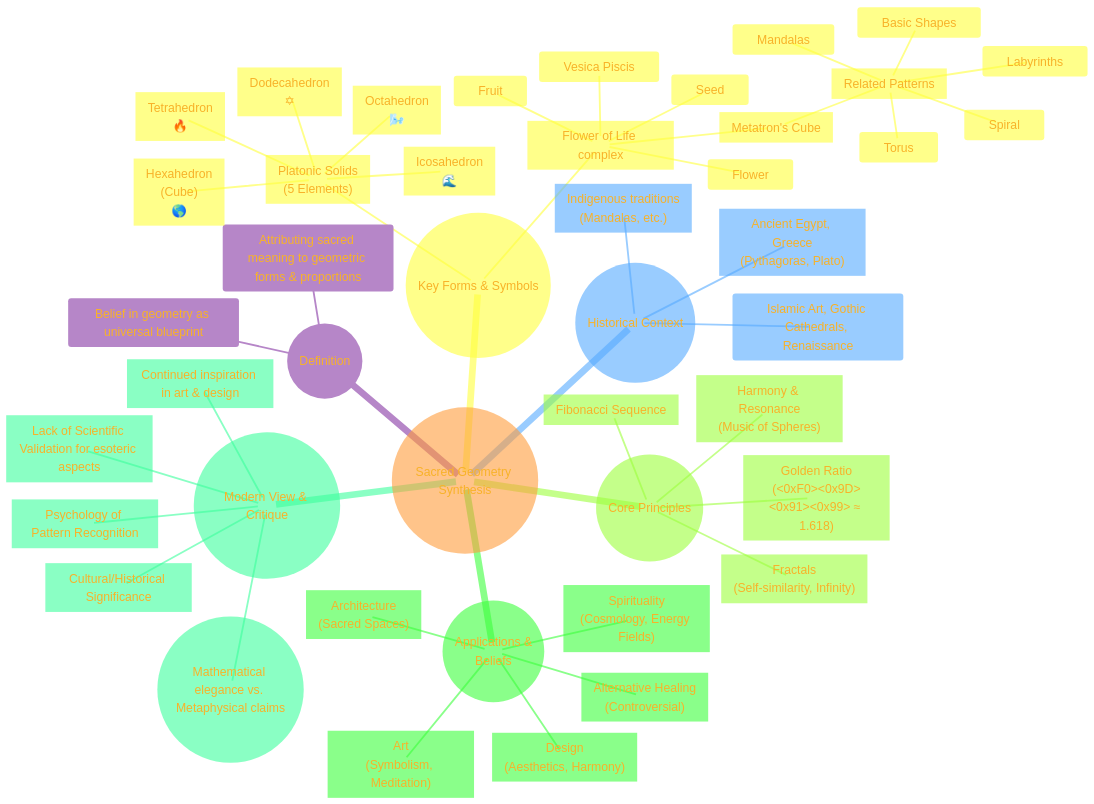
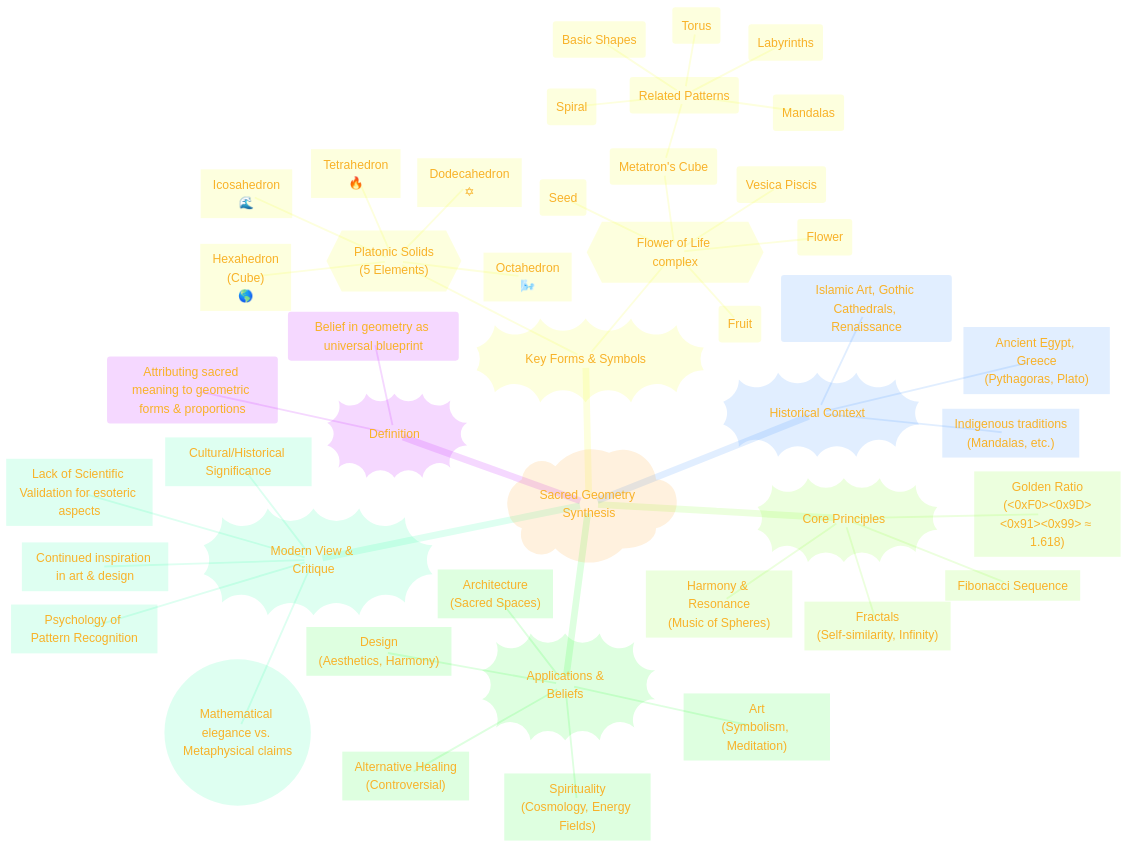
Before and after one commit to CongLeSolutionX/Harmonic_Atomica: the sixth of 7 diagrams in Understanding_Sacred_Geometry.md, drawn with Mermaid. The commit also changed other lines of this file, not shown here.

````diff
--- a/Understanding_Sacred_Geometry.md
+++ b/Understanding_Sacred_Geometry.md
@@ -504,78 +504,77 @@
 ```mermaid
 ---
 title: "Sacred Geometry Synthesis"
 author: "Cong Le"
 version: "1.0"
-license(s): "MIT, CC BY 4.0"
+license(s): "MIT, CC BY-SA 4.0"
 copyright: "Copyright (c) 2025 Cong Le. All Rights Reserved."
 config:
+  theme: base
 ---
+%%%%%%%% Mermaid version v11.4.1-b.14
 %%{
   init: {
-    'theme': 'base',
-    'fontFamily': 'Luminari',
+    'fontFamily': 'American Typewriter, monospace',
+    'logLevel': 'fatal',
     'mindmap': {
-      'padding': 20,
-      'levelColors': ['#87CEEB', '#98FB98', '#FFDAB9', '#FFB6C1']
+	    'nodeAlign': 'center',
+	    'padding': 20
     },
     'themeVariables': {
-      'primaryColor': '#FDB9',
+      'primaryColor': '#FC82',
       'primaryTextColor': '#F8B229',
-      'lineColor': '#F8B229',
       'primaryBorderColor': '#27AE60',
-      'secondaryColor': '#EBDEF0',
+      'secondaryColor': '#EBF3',
       'secondaryTextColor': '#6C3483',
       'secondaryBorderColor': '#A569BD',
-      'fontSize': '20px',
-      'clusterBkg': '#f2a3'
+      'fontSize': '20px'
     }
   }
 }%%
-%%%%%%%% Mermaid version v11.4.1-b.14
 mindmap
-    root(("Sacred Geometry Synthesis"))
-        Definition(("Definition"))
+    root)"Sacred Geometry Synthesis"(
+        Definition))"Definition"((
             Attributing sacred meaning to geometric forms & proportions
             Belief in geometry as universal blueprint
-        Historical_Context(("Historical Context"))
+        Historical_Context))"Historical Context"((
             Ancient_Egypt_Greece["Ancient Egypt, Greece<br/>(Pythagoras, Plato)"]
             Islamic Art, Gothic Cathedrals, Renaissance
             Indigenous_traditions["Indigenous traditions<br/>(Mandalas, etc.)"]
-        Key_Forms_and_Symbols(("Key Forms & Symbols"))
-            Platonic_Solids["Platonic Solids<br/>(5 Elements)"]
+        Key_Forms_and_Symbols))"Key Forms & Symbols"((
+            Platonic_Solids{{"Platonic Solids<br/>(5 Elements)"}}
                 Tetrahedron["Tetrahedron<br/>🔥"]
                 Hexahedron["Hexahedron<br/>(Cube)<br/>🌎"]
                 Octahedron["Octahedron<br/>🌬️"]
                 Dodecahedron["Dodecahedron<br/>✡"]
                 Icosahedron["Icosahedron <br/>🌊"]
-            Flower_of_Life_complex["Flower of Life complex"]
-	            Vesica Piscis
-	            Seed
-	            Flower
-	            Fruit
-	            Metatron_Cube["Metatron's Cube"]
-                Related_Patterns["Related Patterns"]
-                    Spiral
-                    Torus
-                    Basic Shapes
-                    Labyrinths
-                    Mandalas
-        Core_Principles(("Core Principles"))
+            Flower_of_Life_complex{{"Flower of Life complex"}}
+	            Vesica_Piscis("Vesica Piscis")
+	            Seed("Seed")
+	            Flower("Flower")
+	            Fruit("Fruit")
+	            Metatron_Cube("Metatron's Cube")
+                Related_Patterns("Related Patterns")
+                    Spiral("Spiral")
+                    Torus("Torus")
+                    Basic_Shapes("Basic Shapes")
+                    Labyrinths("Labyrinths")
+                    Mandalas("Mandalas")
+        Core_Principles))"Core Principles"((
             Golden_Ratio["Golden Ratio<br/>(<0xF0><0x9D><0x91><0x99> ≈ 1.618)"]
             Fibonacci_Sequence["Fibonacci Sequence"]
             Fractals["Fractals<br/>(Self-similarity, Infinity)"]
             Harmony_and_Resonance["Harmony & Resonance<br/>(Music of Spheres)"]
-        Applications_and_Beliefs(("Applications &<br/> Beliefs"))
+        Applications_and_Beliefs))"Applications &<br/> Beliefs"((
             Architecture["Architecture<br/>(Sacred Spaces)"]
             Art["Art<br/>(Symbolism, Meditation)"]
             Spirituality["Spirituality<br/>(Cosmology, Energy Fields)"]
             Design["Design<br/>(Aesthetics, Harmony)"]
             Alternative_Healing["Alternative Healing<br/>(Controversial)"]
-        Modern_View_and_Critique(("Modern View & Critique"))
+        Modern_View_and_Critique))"Modern View & Critique"((
             Cultural_Historical_Significance["Cultural/Historical Significance"]
             Mathematical_elegance_vs_Metaphysical_claims(("Mathematical elegance vs. Metaphysical claims"))
             Lack_of_Scientific_Validation["Lack of Scientific Validation for esoteric aspects"]
             Psychology_of_Pattern_Recognition["Psychology of Pattern Recognition"]
             Continued_inspiration["Continued inspiration in art & design"]
 
 ```
````
